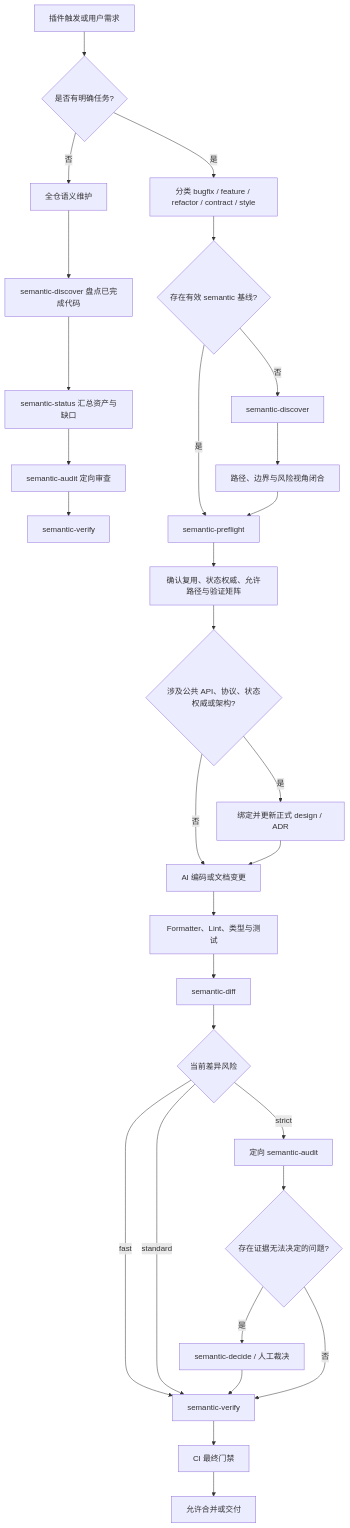
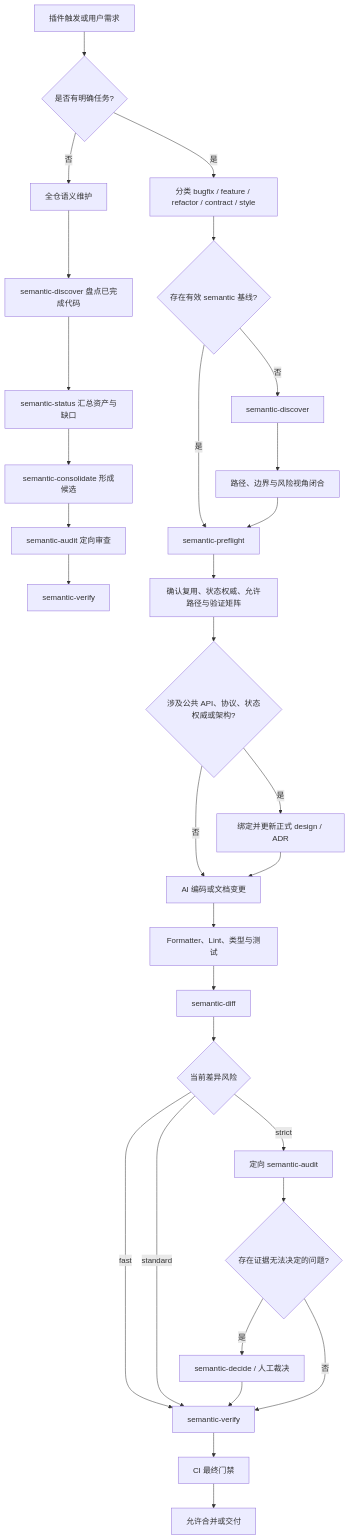
Before and after one commit to EchoYue-lp/echo-semantic: the second of 9 diagrams in docs/supreme/specs/plugin-architecture/design.md, drawn with Mermaid. The commit also changed other lines of this file and 38 other files, not shown here.

````diff
--- a/docs/supreme/specs/plugin-architecture/design.md
+++ b/docs/supreme/specs/plugin-architecture/design.md
@@ -183,32 +185,33 @@
 ```mermaid
 flowchart TD
   Request[插件触发或用户需求] --> Scope{是否有明确任务?}
   Scope -- 否 --> Maintenance[全仓语义维护]
   Scope -- 是 --> Classify[分类 bugfix / feature / refactor / contract / style]
   Maintenance --> DiscoverAll[semantic-discover 盘点已完成代码]
   DiscoverAll --> StatusAll[semantic-status 汇总资产与缺口]
-  StatusAll --> AuditAll[semantic-audit 定向审查]
+  StatusAll --> ConsolidateAll[semantic-consolidate 形成候选]
+  ConsolidateAll --> AuditAll[semantic-audit 定向审查]
   AuditAll --> VerifyAll[semantic-verify]
   Classify --> Baseline{存在有效 semantic 基线?}
   Baseline -- 否 --> Discover[semantic-discover]
   Discover --> BaselineReady[路径、边界与风险视角闭合]
   Baseline -- 是 --> Preflight
   BaselineReady --> Preflight[semantic-preflight]
   Preflight --> Reuse[确认复用、状态权威、允许路径与验证矩阵]
   Reuse --> Architecture{涉及公共 API、协议、状态权威或架构?}
   Architecture -- 是 --> Authority[绑定并更新正式 design / ADR]
   Architecture -- 否 --> Coding[AI 编码或文档变更]
   Authority --> Coding
   Coding --> Engineering[Formatter、Lint、类型与测试]
   Engineering --> Diff[semantic-diff]
   Diff --> Risk{当前差异风险}
   Risk -- fast --> Verify[semantic-verify]
   Risk -- standard --> Verify
   Risk -- strict --> Audit[定向 semantic-audit]
   Audit --> Decision{存在证据无法决定的问题?}
   Decision -- 是 --> Human[semantic-decide / 人工裁决]
   Human --> Verify
   Decision -- 否 --> Verify
   Verify --> CI[CI 最终门禁]
   CI --> Done[允许合并或交付]
 ```
````
